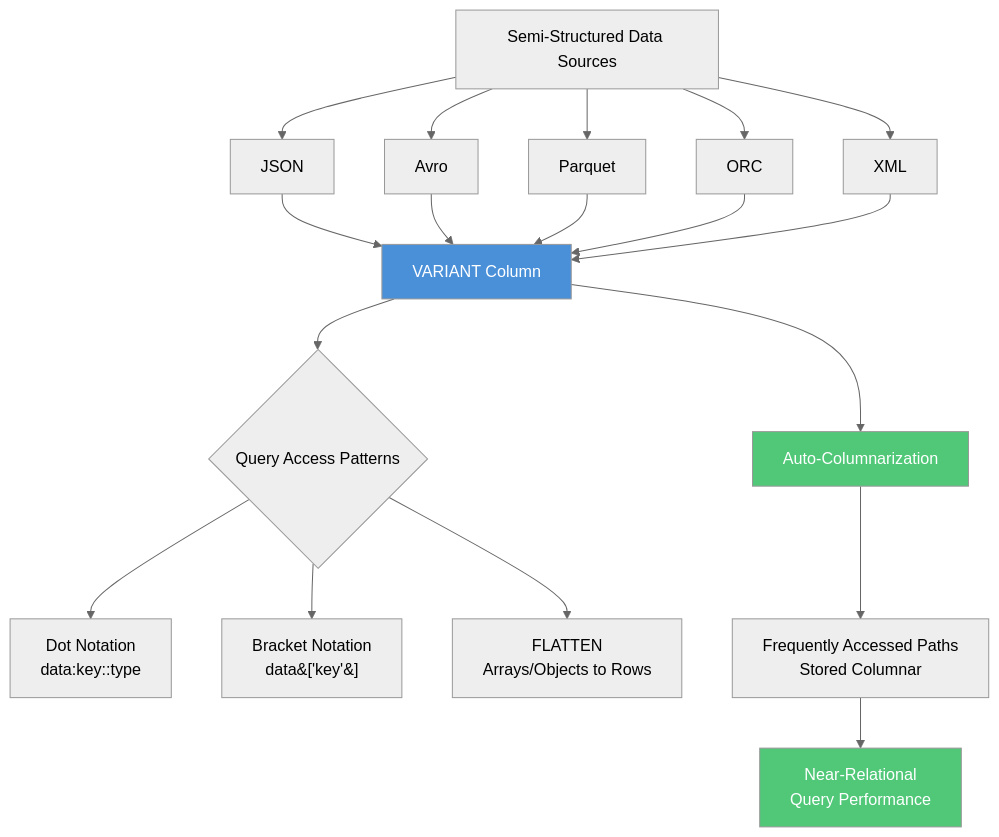
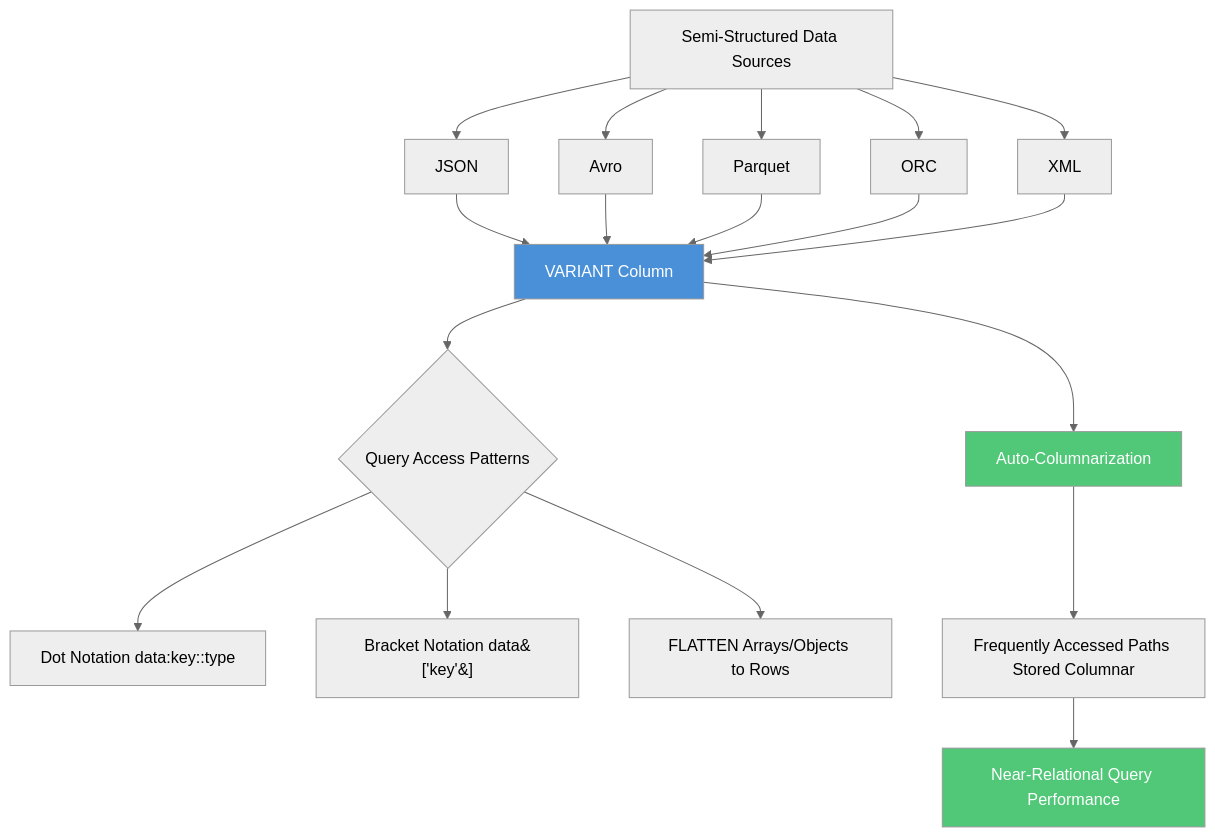
Before and after one commit to harishupadrasta/snowPro-Core: the diagram in 4_Performance_Optimization_Querying_and_Transformation/4.3_Semi_Structured_Data.md, drawn with Mermaid (neutral theme). The commit also changed 16 other files, not shown here.

First line of the commit message:
Fix mermaid diagrams: replace <br/> with spaces for GitHub rendering

````diff
--- a/4_Performance_Optimization_Querying_and_Transformation/4.3_Semi_Structured_Data.md
+++ b/4_Performance_Optimization_Querying_and_Transformation/4.3_Semi_Structured_Data.md
@@ -66,27 +66,27 @@
 ```mermaid
 graph TD
     A[Semi-Structured Data Sources] --> B[JSON]
     A --> C[Avro]
     A --> D[Parquet]
     A --> E[ORC]
     A --> F[XML]
 
     B --> G[VARIANT Column]
     C --> G
     D --> G
     E --> G
     F --> G
 
     G --> H{Query Access Patterns}
-    H --> I[Dot Notation<br/>data:key::type]
-    H --> J[Bracket Notation<br/>data&#91;'key'&#93;]
-    H --> K[FLATTEN<br/>Arrays/Objects to Rows]
+    H --> I[Dot Notation data:key::type]
+    H --> J[Bracket Notation data&#91;'key'&#93;]
+    H --> K[FLATTEN Arrays/Objects to Rows]
 
     G --> L[Auto-Columnarization]
-    L --> M[Frequently Accessed Paths<br/>Stored Columnar]
-    M --> N[Near-Relational<br/>Query Performance]
+    L --> M[Frequently Accessed Paths Stored Columnar]
+    M --> N[Near-Relational Query Performance]
 
     style G fill:#4a90d9,color:#fff
     style L fill:#50c878,color:#fff
     style N fill:#50c878,color:#fff
 ```
````
